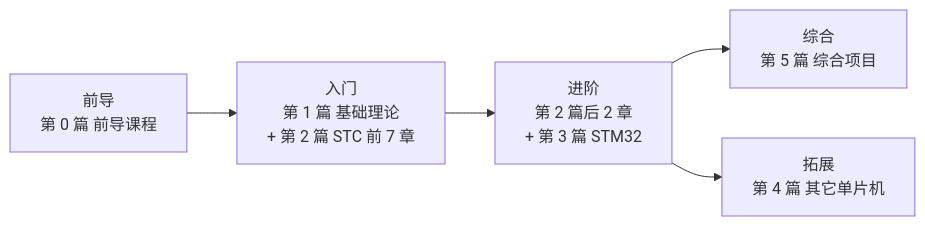
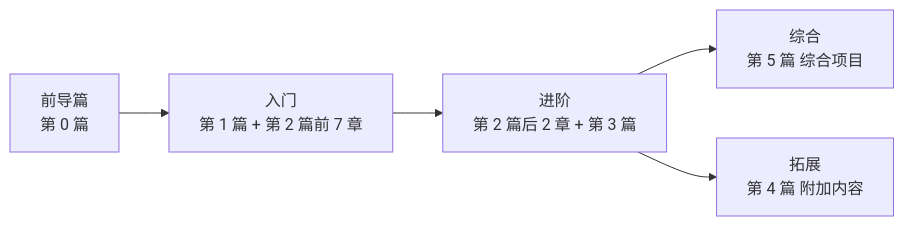
One commit to mingyi0818/IntelligentMcuCourse changed the diagram in README.md. Above: the diagram before and after it, drawn with Mermaid. The commit also changed other lines of this file, not shown here.

````diff
--- a/README.md
+++ b/README.md
@@ -260,7 +226,7 @@
 ```mermaid
 graph LR
-    A0[前导<br/>第 0 篇 前导课程] --> A[入门<br/>第 1 篇 基础理论<br/>+ 第 2 篇 STC 前 7 章]
-    A --> B[进阶<br/>第 2 篇后 2 章<br/>+ 第 3 篇 STM32]
+    A0[前导篇<br/>第 0 篇] --> A[入门<br/>第 1 篇 + 第 2 篇前 7 章]
+    A --> B[进阶<br/>第 2 篇后 2 章 + 第 3 篇]
     B --> C[综合<br/>第 5 篇 综合项目]
-    B --> D[拓展<br/>第 4 篇 其它单片机]
+    B --> D[拓展<br/>第 4 篇 附加内容]
 ```
````
